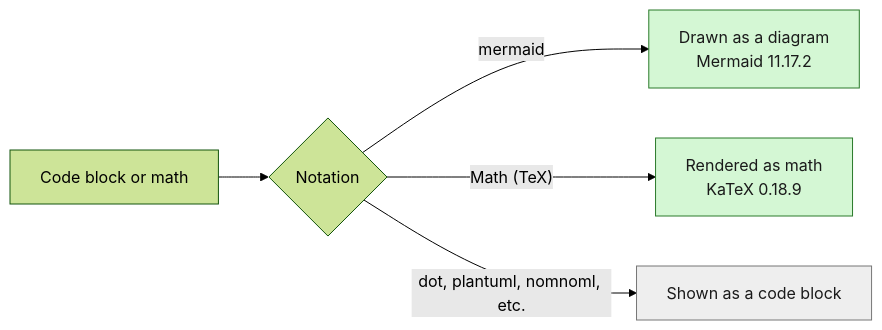
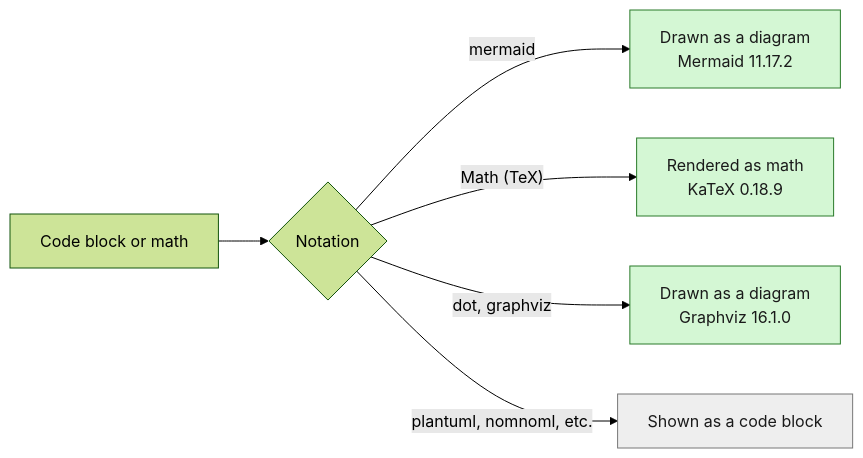
One commit to 5garashi/mdEditor changed the second of 2 diagrams in README.md. Above: the diagram before and after it, drawn with Mermaid (forest theme). The commit also changed other lines of this file and 20 other files, not shown here.

First line of the commit message:
Code colors, table of contents, and Graphviz diagrams (1.0.11)

````diff
--- a/README.md
+++ b/README.md
@@ -433,12 +438,13 @@
 ```mermaid
 flowchart LR
     src["Code block or math"] --> kind{"Notation"}
     kind -- "mermaid" --> mermaid["Drawn as a diagram<br/>Mermaid 11.17.2"]
     kind -- "Math (TeX)" --> math["Rendered as math<br/>KaTeX 0.18.9"]
-    kind -- "dot, plantuml, nomnoml, etc." --> code["Shown as a code block"]
+    kind -- "dot, graphviz" --> graphviz["Drawn as a diagram<br/>Graphviz 16.1.0"]
+    kind -- "plantuml, nomnoml, etc." --> code["Shown as a code block"]
 
     classDef supported fill:#d4f7d4,stroke:#2a7a2a,color:#1a1a1a;
     classDef unsupported fill:#eeeeee,stroke:#777777,color:#1a1a1a;
-    class mermaid,math supported;
+    class mermaid,math,graphviz supported;
     class code unsupported;
 ```
````
